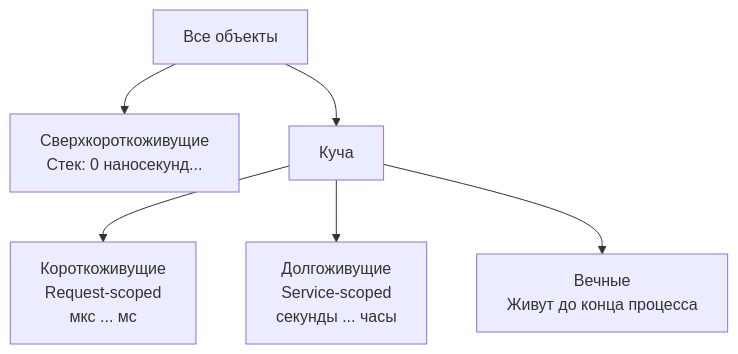
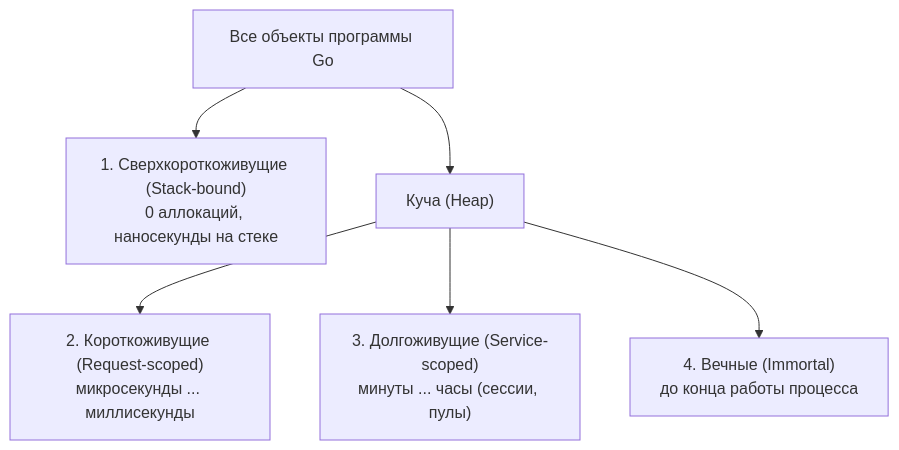
Before and after one commit to UnrealTemplier/go-textbook: the diagram in sources/16. Профилирование, отладка и производительность/04. Memory profiling/8. Object lifetime.md, drawn with Mermaid. The commit also changed other lines of this file, not shown here.

````diff
--- a/sources/16. Профилирование, отладка и производительность/04. Memory profiling/8. Object lifetime.md
+++ b/sources/16. Профилирование, отладка и производительность/04. Memory profiling/8. Object lifetime.md
@@ -18,8 +29,8 @@
 ```mermaid
 flowchart TD
-    All["Все объекты"] --> Stack["Сверхкороткоживущие<br>Стек: 0 наносекунд..."]
-    All --> Heap["Куча"]
-    Heap --> Short["Короткоживущие<br>Request-scoped<br>мкс ... мс"]
-    Heap --> Long["Долгоживущие<br>Service-scoped<br>секунды ... часы"]
-    Heap --> Immortal["Вечные<br>Живут до конца процесса"]
+    All["Все объекты программы Go"] --> Stack["1. Сверхкороткоживущие (Stack-bound)<br>0 аллокаций, наносекунды на стеке"]
+    All --> Heap["Куча (Heap)"]
+    Heap --> Short["2. Короткоживущие (Request-scoped)<br>микросекунды ... миллисекунды"]
+    Heap --> Long["3. Долгоживущие (Service-scoped)<br>минуты ... часы (сессии, пулы)"]
+    Heap --> Immortal["4. Вечные (Immortal)<br>до конца работы процесса"]
 ```
````
